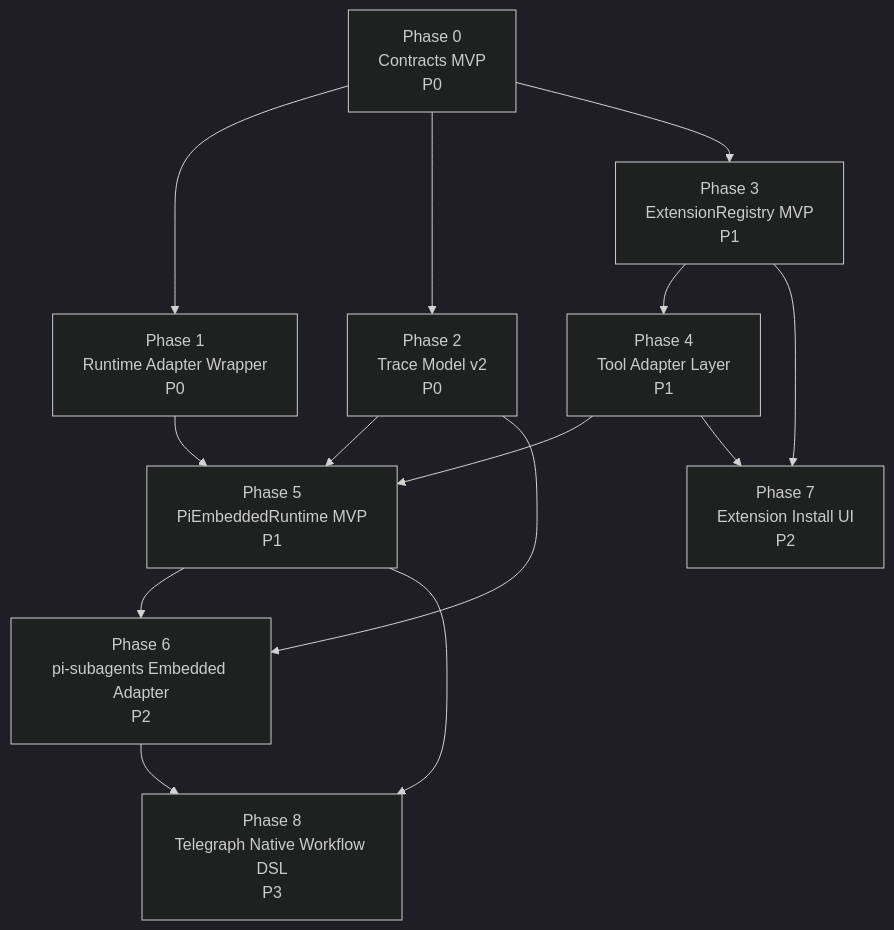
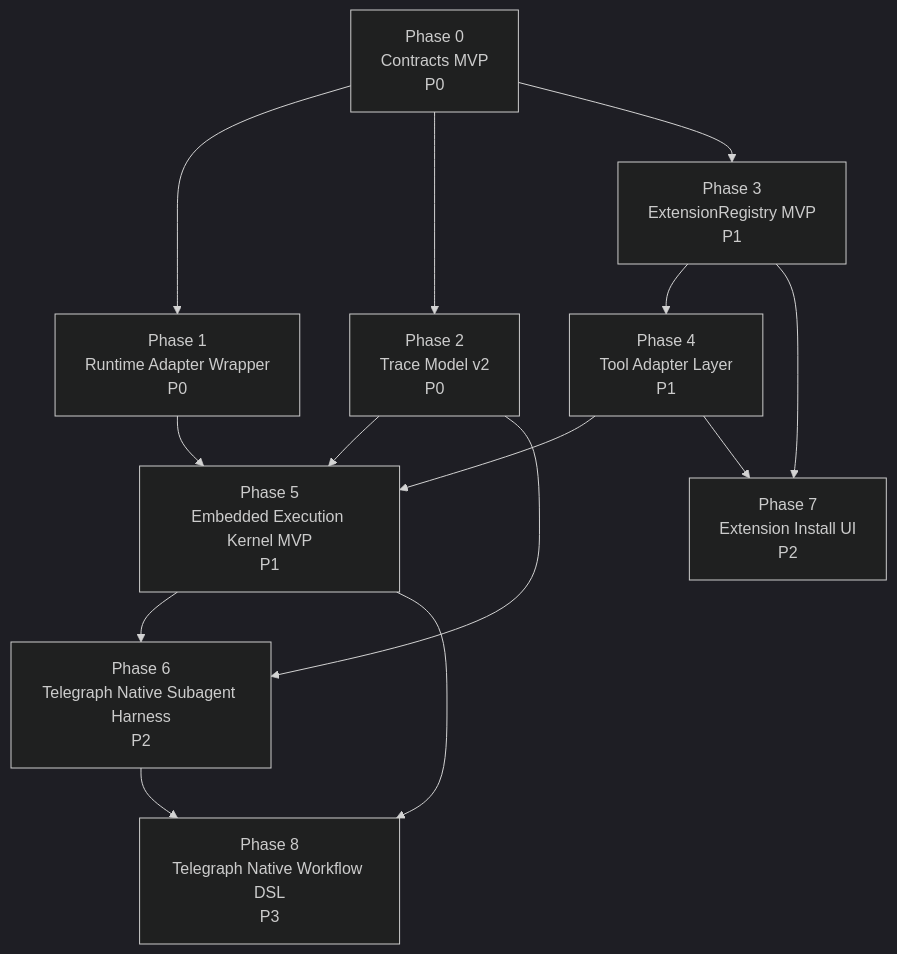
One commit to ryuever/telegraph changed the fifth of 5 diagrams in codebase-wiki/architecture/20260505-telegraph-agent-runtime-extension-host-theory.md. Above: the diagram before and after it, drawn with Mermaid (dark theme). The commit also changed other lines of this file and 46 other files, not shown here.

Commit message:
refactor: make subagents telegraph native

````diff
--- a/codebase-wiki/architecture/20260505-telegraph-agent-runtime-extension-host-theory.md
+++ b/codebase-wiki/architecture/20260505-telegraph-agent-runtime-extension-host-theory.md
@@ -1380,26 +1397,26 @@
 ```mermaid
 flowchart TB
   C["Phase 0<br/>Contracts MVP<br/>P0"]
   R["Phase 1<br/>Runtime Adapter Wrapper<br/>P0"]
   T["Phase 2<br/>Trace Model v2<br/>P0"]
   ER["Phase 3<br/>ExtensionRegistry MVP<br/>P1"]
   TA["Phase 4<br/>Tool Adapter Layer<br/>P1"]
-  PE["Phase 5<br/>PiEmbeddedRuntime MVP<br/>P1"]
-  PS["Phase 6<br/>pi-subagents Embedded Adapter<br/>P2"]
+  PE["Phase 5<br/>Embedded Execution Kernel MVP<br/>P1"]
+  PS["Phase 6<br/>Telegraph Native Subagent Harness<br/>P2"]
   UI["Phase 7<br/>Extension Install UI<br/>P2"]
   WF["Phase 8<br/>Telegraph Native Workflow DSL<br/>P3"]
 
   C --> R
   C --> T
   C --> ER
   ER --> TA
   TA --> PE
   PE --> PS
   ER --> UI
   TA --> UI
   R --> PE
   T --> PE
   T --> PS
   PS --> WF
   PE --> WF
 ```
````
